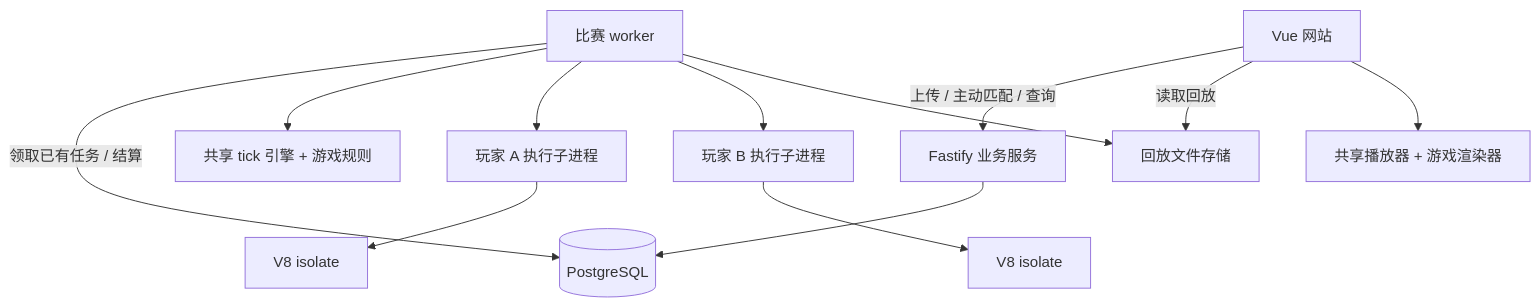
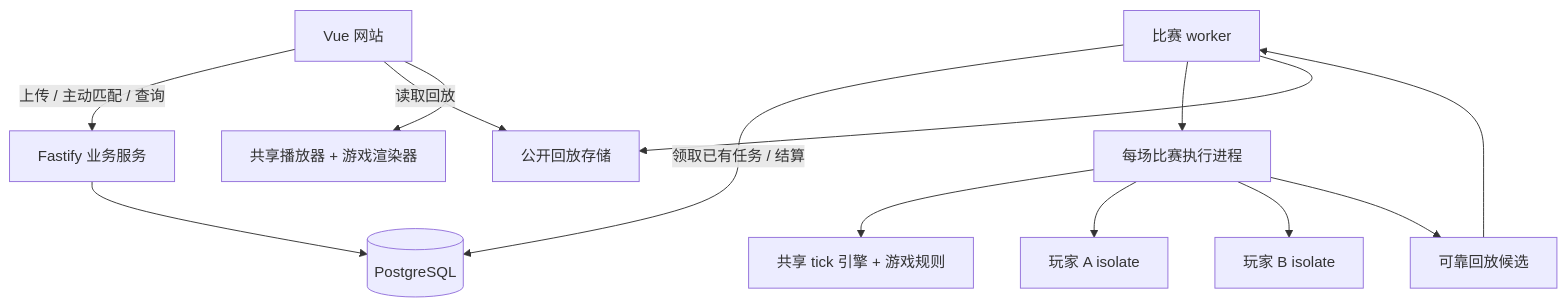
One commit to KurohaneKaoruko/si-arena changed the diagram in docs/architecture/overview.md. Above: the diagram before and after it, drawn with Mermaid. The commit also changed other lines of this file and 95 other files, not shown here.

First line of the commit message:
perf(runner)!: isolate matches and reuse player runtimes

````diff
--- a/docs/architecture/overview.md
+++ b/docs/architecture/overview.md
@@ -24,14 +24,15 @@
 ```mermaid
 flowchart TD
     Web[Vue 网站] -->|上传 / 主动匹配 / 查询| API[Fastify 业务服务]
     API --> DB[(PostgreSQL)]
     Worker[比赛 worker] -->|领取已有任务 / 结算| DB
-    Worker --> Engine[共享 tick 引擎 + 游戏规则]
-    Worker --> RunnerA[玩家 A 执行子进程]
-    Worker --> RunnerB[玩家 B 执行子进程]
-    RunnerA --> QA[V8 isolate]
-    RunnerB --> QB[V8 isolate]
-    Worker --> Replays[回放文件存储]
+    Worker --> Runner[每场比赛执行进程]
+    Runner --> Engine[共享 tick 引擎 + 游戏规则]
+    Runner --> QA[玩家 A isolate]
+    Runner --> QB[玩家 B isolate]
+    Runner --> Candidate[可靠回放候选]
+    Candidate --> Worker
+    Worker --> Replays[公开回放存储]
     Web -->|读取回放| Replays
     Web --> Player[共享播放器 + 游戏渲染器]
 ```
````
